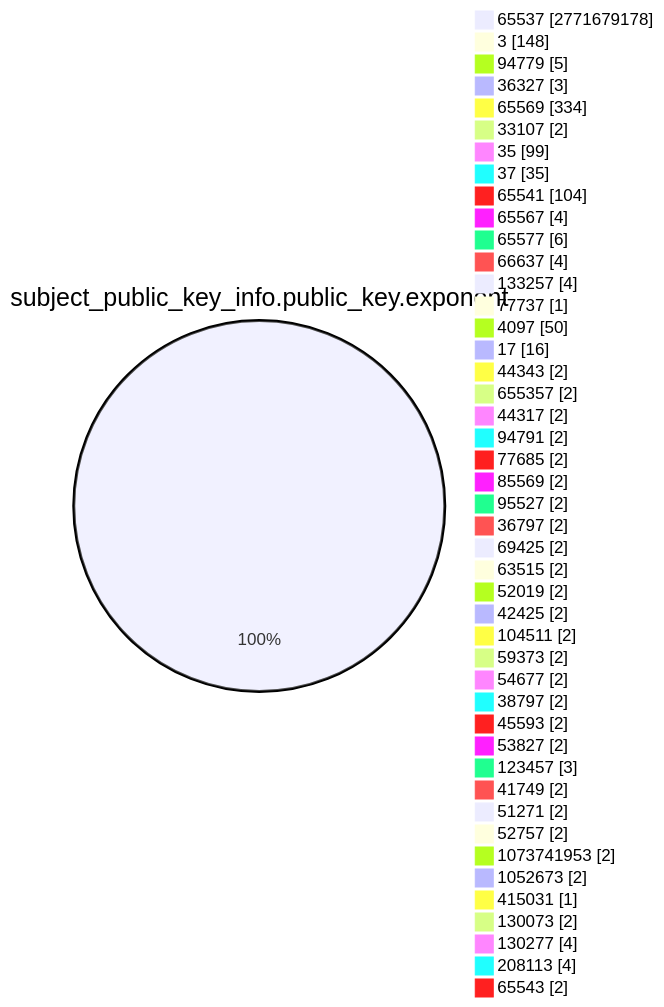
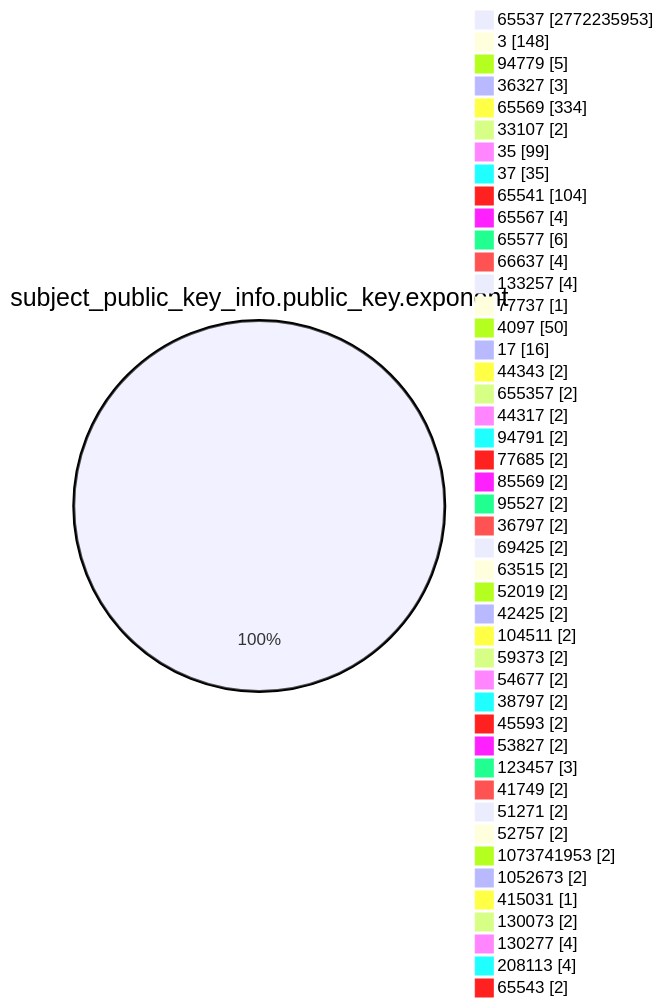
One commit to christiankrug/ctmonitor_visualization changed the fourth of 15 diagrams in TOTAL/README.md. Above: the diagram before and after it, drawn with Mermaid. The commit also changed other lines of this file, not shown here.

````diff
--- a/TOTAL/README.md
+++ b/TOTAL/README.md
@@ -1467,49 +1467,49 @@
 ```mermaid
 pie showData
 title subject_public_key_info.public_key.exponent
-"65537" :2771679178
+"65537" :2772235953
 "3" :148
 "94779" :5
 "36327" :3
 "65569" :334
 "33107" :2
 "35" :99
 "37" :35
 "65541" :104
 "65567" :4
 "65577" :6
 "66637" :4
 "133257" :4
 "77737" :1
 "4097" :50
 "17" :16
 "44343" :2
 "655357" :2
 "44317" :2
 "94791" :2
 "77685" :2
 "85569" :2
 "95527" :2
 "36797" :2
 "69425" :2
 "63515" :2
 "52019" :2
 "42425" :2
 "104511" :2
 "59373" :2
 "54677" :2
 "38797" :2
 "45593" :2
 "53827" :2
 "123457" :3
 "41749" :2
 "51271" :2
 "52757" :2
 "1073741953" :2
 "1052673" :2
 "415031" :1
 "130073" :2
 "130277" :4
 "208113" :4
 "65543" :2
 ```
````
